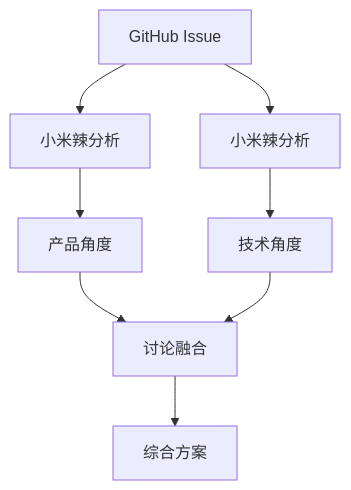
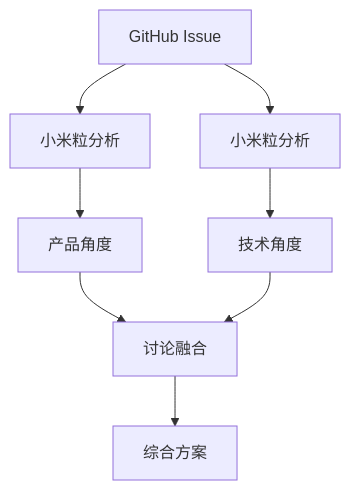
One commit to zhaog100/openclaw-skills changed the second of 6 diagrams in docs/archive/双米粒/DUAL_MILI_SYSTEM_V3_INTEGRATED.md. Above: the diagram before and after it, drawn with Mermaid. The commit also changed other lines of this file and 461 other files, not shown here.

````diff
--- a/docs/archive/双米粒/DUAL_MILI_SYSTEM_V3_INTEGRATED.md
+++ b/docs/archive/双米粒/DUAL_MILI_SYSTEM_V3_INTEGRATED.md
@@ -81,10 +81,10 @@
 ```mermaid
 graph TB
-    A[GitHub Issue] --> B[小米辣分析]
-    A --> C[小米辣分析]
+    A[GitHub Issue] --> B[小米粒分析]
+    A --> C[小米粒分析]
     B --> D[产品角度]
     C --> E[技术角度]
     D --> F[讨论融合]
     E --> F
     F --> G[综合方案]
 ```
````
